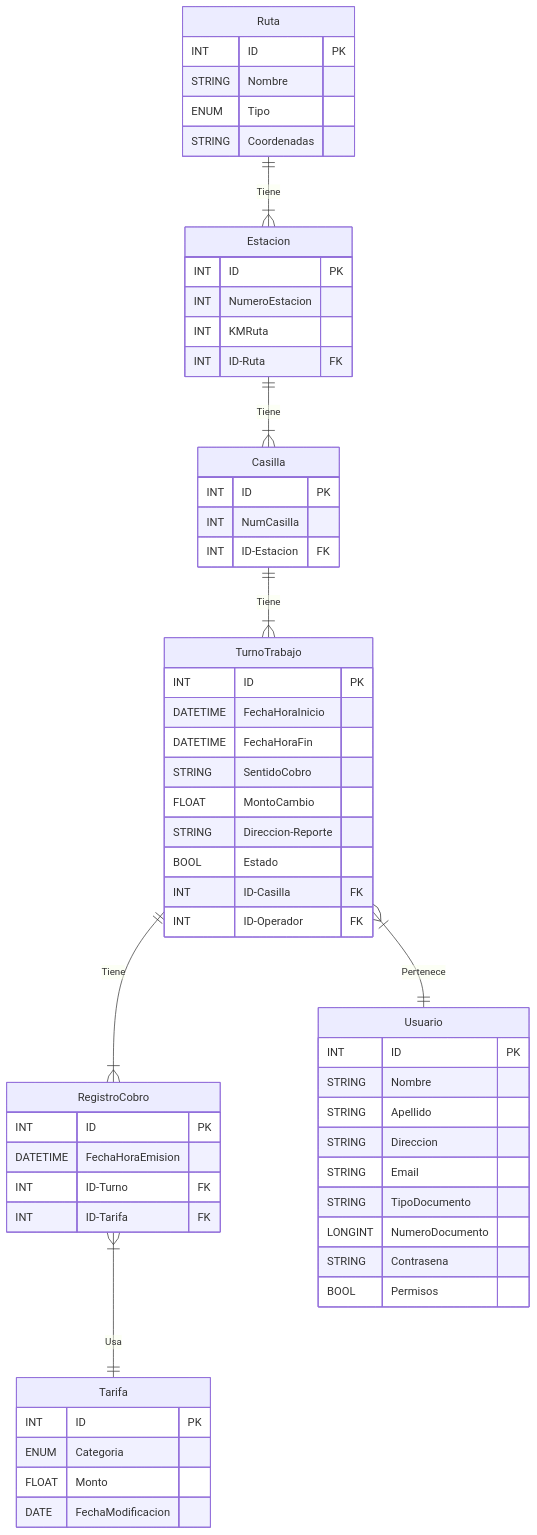
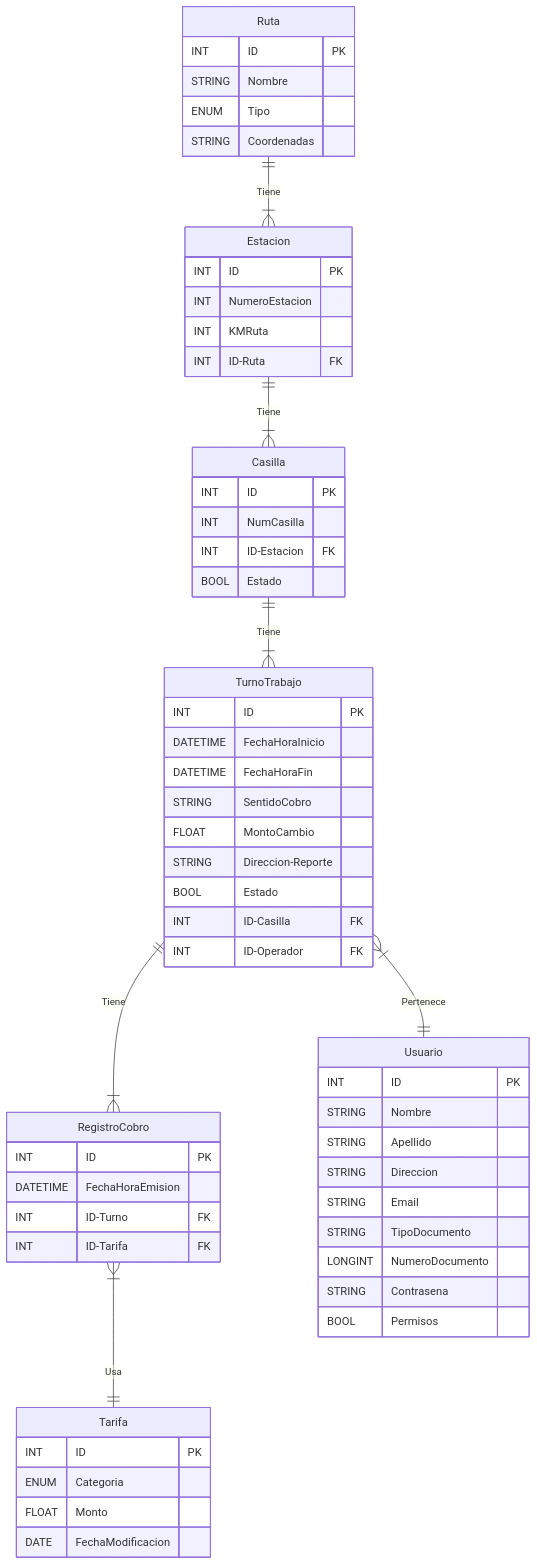
Before and after one commit to facugirardi/Peaje: the diagram in docs/mmd_files/diagramER.mmd, drawn with Mermaid. The commit also changed 4 other files, not shown here.

```diff
--- a/docs/mmd_files/diagramER.mmd
+++ b/docs/mmd_files/diagramER.mmd
@@ -1,66 +1,67 @@
 erDiagram
     Ruta ||--|{ Estacion : Tiene
     Estacion ||--|{ Casilla : Tiene
     Casilla ||--|{ TurnoTrabajo : Tiene
     TurnoTrabajo ||--|{ RegistroCobro : Tiene
     TurnoTrabajo }|--|| Usuario : Pertenece
     RegistroCobro }|--|| Tarifa : Usa
 
     Estacion{
         INT ID PK
         INT NumeroEstacion
         INT KMRuta
         INT ID-Ruta FK
     }
 
     Ruta{
         INT ID PK
         STRING Nombre
         ENUM Tipo
         STRING Coordenadas
 
     }
 
     Casilla{
         INT ID PK
         INT NumCasilla
         INT ID-Estacion FK
+        BOOL Estado
     }
 
     Tarifa{
         INT ID PK
         ENUM Categoria
         FLOAT Monto
         DATE FechaModificacion
     }
 
     RegistroCobro{
         INT ID PK
         DATETIME FechaHoraEmision
         INT ID-Turno FK
         INT ID-Tarifa FK
     }
 
     Usuario{
         INT ID PK
         STRING Nombre
         STRING Apellido
         STRING Direccion
         STRING Email
         STRING TipoDocumento
         LONGINT NumeroDocumento
         STRING Contrasena
         BOOL Permisos
     }
 
     TurnoTrabajo{
         INT ID PK
         DATETIME FechaHoraInicio
         DATETIME FechaHoraFin
         STRING SentidoCobro
         FLOAT MontoCambio
         STRING Direccion-Reporte
         BOOL Estado
         INT ID-Casilla FK
         INT ID-Operador FK
     }
```
